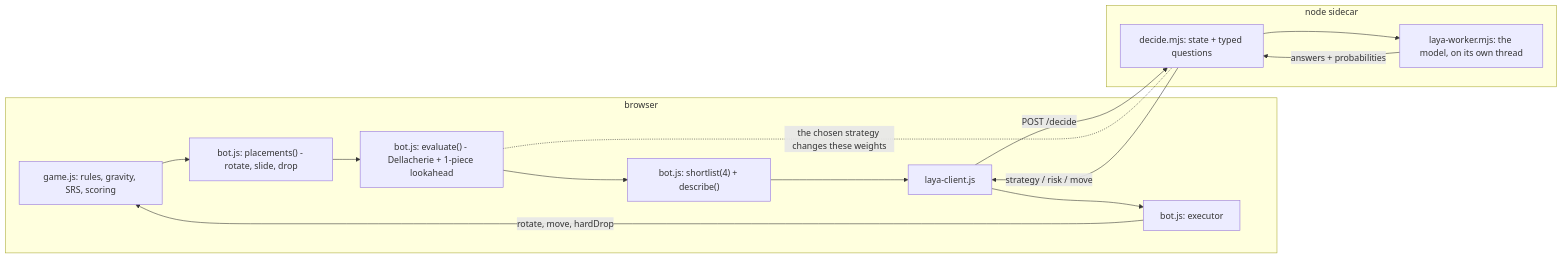
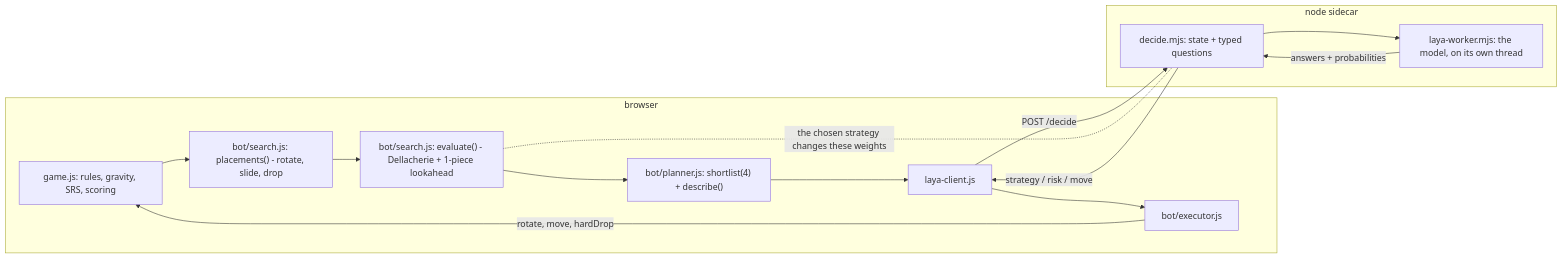
The first of 7 diagrams in demos/tetris/README.md (keemsisi/keemsisi-laya-js), drawn with Mermaid before and after one commit. The commit also changed other lines of this file, not shown here.

First line of the commit message:
docs(tetris): describe the module split

````diff
--- a/demos/tetris/README.md
+++ b/demos/tetris/README.md
@@ -63,23 +63,23 @@
 ```mermaid
 flowchart LR
   subgraph BR["browser"]
     G["game.js: rules, gravity, SRS, scoring"]
-    B1["bot.js: placements() - rotate, slide, drop"]
-    B2["bot.js: evaluate() - Dellacherie + 1-piece lookahead"]
-    B3["bot.js: shortlist(4) + describe()"]
+    B1["bot/search.js: placements() - rotate, slide, drop"]
+    B2["bot/search.js: evaluate() - Dellacherie + 1-piece lookahead"]
+    B3["bot/planner.js: shortlist(4) + describe()"]
     LC["laya-client.js"]
-    B4["bot.js: executor"]
+    B4["bot/executor.js"]
   end
   subgraph SC["node sidecar"]
     D["decide.mjs: state + typed questions"]
     W["laya-worker.mjs: the model, on its own thread"]
   end
   G --> B1 --> B2 --> B3 --> LC
   LC -- "POST /decide" --> D
   D --> W
   W -- "answers + probabilities" --> D
   D -- "strategy / risk / move" --> LC
   LC --> B4
   B4 -- "rotate, move, hardDrop" --> G
   B2 -. "the chosen strategy changes these weights" .- D
 ```
````
